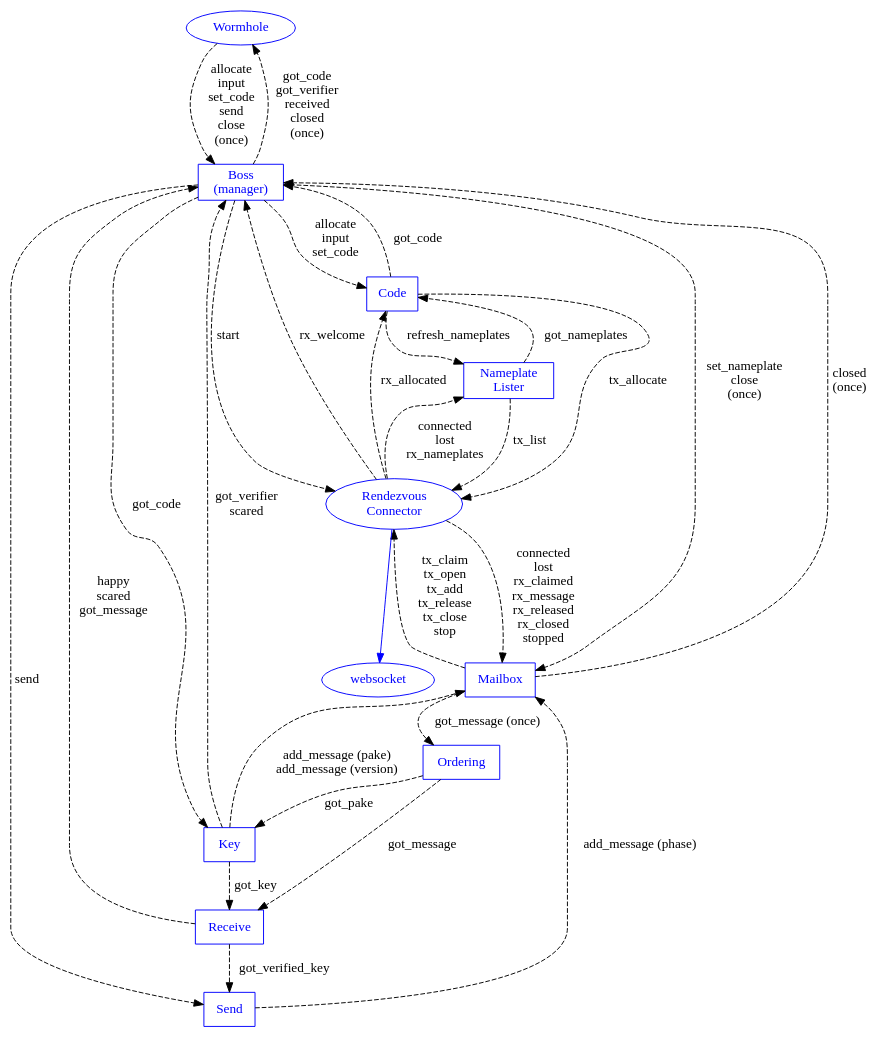
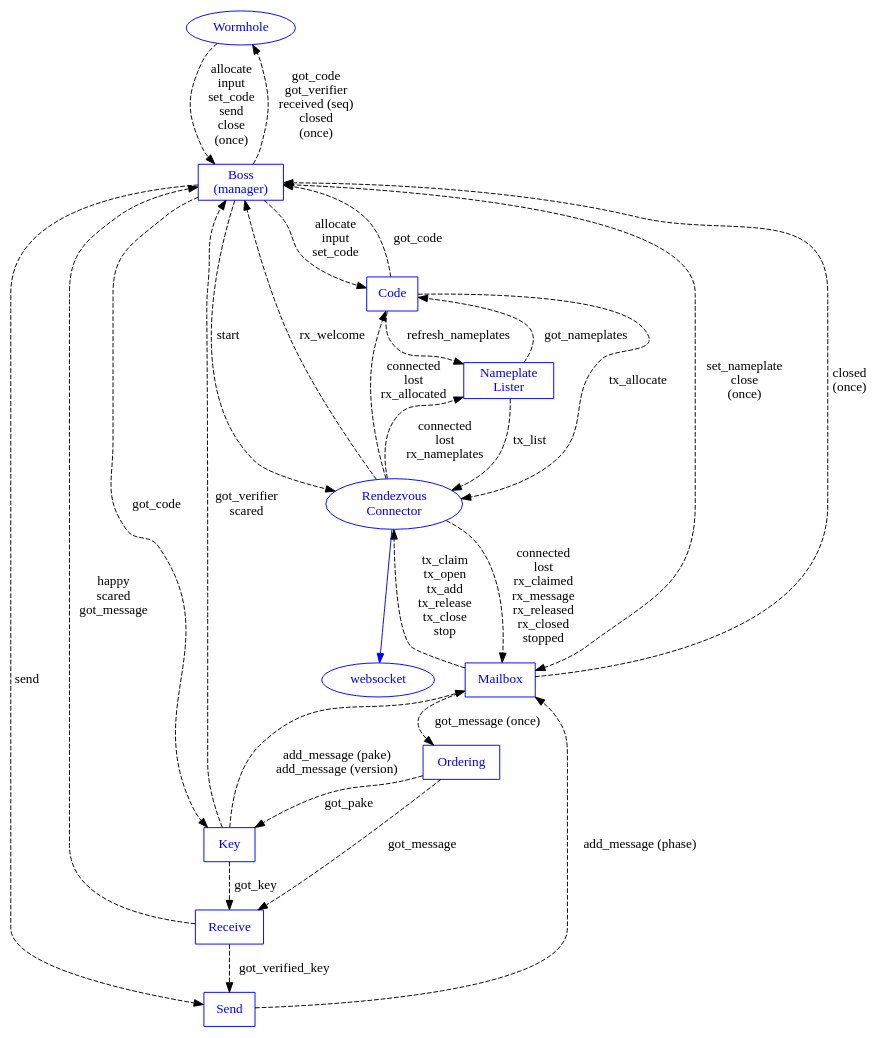
One commit to magic-wormhole/magic-wormhole changed the diagram in docs/machines.dot. Above: the diagram before and after it, drawn with Graphviz. The commit also changed 3 other files, not shown here.

First line of the commit message:
Code: don't sent tx_allocate until we're connected

```diff
--- a/docs/machines.dot
+++ b/docs/machines.dot
@@ -1,82 +1,82 @@
 digraph {
         Wormhole [shape="oval" color="blue" fontcolor="blue"]
         Boss [shape="box" label="Boss\n(manager)"
                   color="blue" fontcolor="blue"]
         Mailbox [shape="box" color="blue" fontcolor="blue"]
         Connection [label="Rendezvous\nConnector"
                     shape="oval" color="blue" fontcolor="blue"]
         websocket [color="blue" fontcolor="blue"]
         Order [shape="box" label="Ordering" color="blue" fontcolor="blue"]
         Key [shape="box" label="Key" color="blue" fontcolor="blue"]
         Send [shape="box" label="Send" color="blue" fontcolor="blue"]
         Receive [shape="box" label="Receive" color="blue" fontcolor="blue"]
         Code [shape="box" label="Code" color="blue" fontcolor="blue"]
         Nameplates [shape="box" label="Nameplate\nLister"
                     color="blue" fontcolor="blue"
                     ]
 
         Connection -> websocket [color="blue"]
         #Connection -> Order [color="blue"]
 
         Wormhole -> Boss [style="dashed" label="allocate\ninput\nset_code\nsend\nclose\n(once)"]
         #Wormhole -> Boss [color="blue"]
-        Boss -> Wormhole [style="dashed" label="got_code\ngot_verifier\nreceived\nclosed\n(once)"]
+        Boss -> Wormhole [style="dashed" label="got_code\ngot_verifier\nreceived (seq)\nclosed\n(once)"]
 
         #Boss -> Connection [color="blue"]
         Boss -> Connection [style="dashed" label="start"]
         Connection -> Boss [style="dashed" label="rx_welcome"]
 
         Boss -> Send [style="dashed" label="send"]
 
         Boss -> Mailbox [style="dashed"
                              label="set_nameplate\nclose\n(once)"
                              ]
         #Boss -> Mailbox [color="blue"]
         Mailbox -> Boss [style="dashed" label="closed\n(once)"]
         Mailbox -> Order [style="dashed" label="got_message (once)"]
         Boss -> Key [style="dashed" label="got_code"]
         Key -> Boss [style="dashed" label="got_verifier\nscared"]
         Order -> Key [style="dashed" label="got_pake"]
         Order -> Receive [style="dashed" label="got_message"]
         #Boss -> Key [color="blue"]
         Key -> Mailbox [style="dashed" label="add_message (pake)\nadd_message (version)"]
         Receive -> Send [style="dashed" label="got_verified_key"]
         Send -> Mailbox [style="dashed" label="add_message (phase)"]
 
         Key -> Receive [style="dashed" label="got_key"]
         Receive -> Boss [style="dashed"
                              label="happy\nscared\ngot_message"]
 
         Mailbox -> Connection [style="dashed"
                                label="tx_claim\ntx_open\ntx_add\ntx_release\ntx_close\nstop"
                                ]
         Connection -> Mailbox [style="dashed"
                                label="connected\nlost\nrx_claimed\nrx_message\nrx_released\nrx_closed\nstopped"]
 
         Connection -> Nameplates [style="dashed"
                                   label="connected\nlost\nrx_nameplates"
                                   ]
         Nameplates -> Connection [style="dashed"
                                   label="tx_list"
                                   ]
 
         #Boss -> Code [color="blue"]
+        Connection -> Code [style="dashed"
+                            label="connected\nlost\nrx_allocated"]
         Code -> Connection [style="dashed"
                             label="tx_allocate"
                             ]
-        Connection -> Code [style="dashed"
-                            label="rx_allocated"]
         Nameplates -> Code [style="dashed"
                             label="got_nameplates"
                             ]
         #Code -> Nameplates [color="blue"]
         Code -> Nameplates [style="dashed"
                             label="refresh_nameplates"
                             ]
         Boss -> Code [style="dashed"
                       label="allocate\ninput\nset_code"]
         Code -> Boss [style="dashed"
                       label="got_code"]
 
 
 }
```
